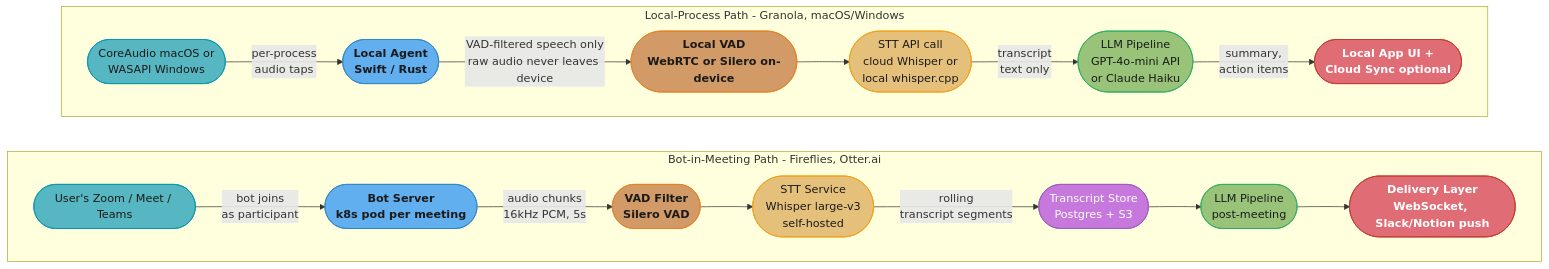
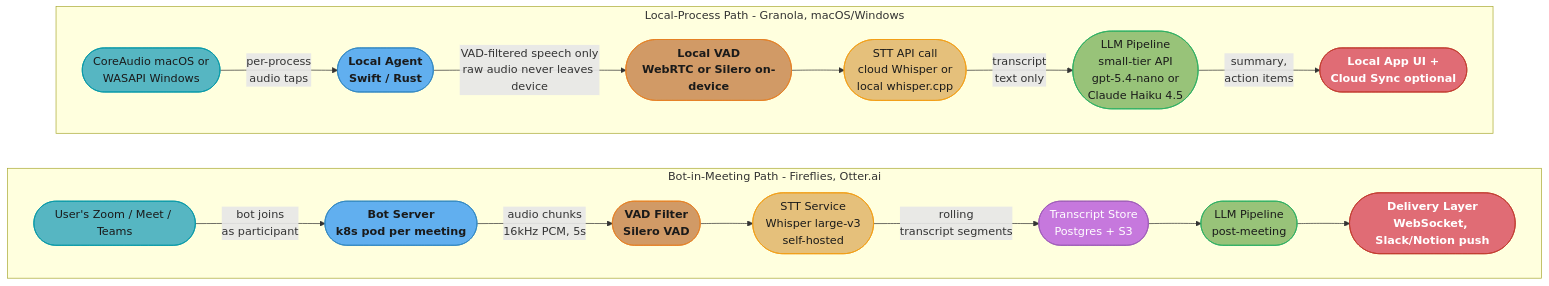
The first of 2 diagrams in src/main/java/com/rutik/systemdesign/llm/case_studies/design_ai_meeting_assistant.md (rppol/system-design), drawn with Mermaid before and after one commit. The commit also changed other lines of this file and 113 other files, not shown here.

````diff
--- a/src/main/java/com/rutik/systemdesign/llm/case_studies/design_ai_meeting_assistant.md
+++ b/src/main/java/com/rutik/systemdesign/llm/case_studies/design_ai_meeting_assistant.md
@@ -108,37 +121,37 @@
 ```mermaid
 flowchart LR
     classDef io      fill:#61afef,stroke:#2e86c1,color:#1a1a1a,font-weight:bold
     classDef frozen  fill:#c678dd,stroke:#9b59b6,color:#fff
     classDef train   fill:#98c379,stroke:#27ae60,color:#1a1a1a
     classDef mathOp  fill:#d19a66,stroke:#e67e22,color:#1a1a1a,font-weight:bold
     classDef lossN   fill:#e06c75,stroke:#c0392b,color:#fff,font-weight:bold
     classDef req     fill:#56b6c2,stroke:#0097a7,color:#1a1a1a
     classDef base    fill:#e5c07b,stroke:#f39c12,color:#1a1a1a
 
     subgraph BOTPATH["Bot-in-Meeting Path - Fireflies, Otter.ai"]
         direction LR
         ZM(["User's Zoom / Meet / Teams"]) -->|"bot joins<br/>as participant"| BS(["Bot Server<br/>k8s pod per meeting"])
         BS -->|"audio chunks<br/>16kHz PCM, 5s"| VAD1(["VAD Filter<br/>Silero VAD"])
         VAD1 --> STT1(["STT Service<br/>Whisper large-v3<br/>self-hosted"])
         STT1 -->|"rolling<br/>transcript segments"| TS(["Transcript Store<br/>Postgres + S3"])
         TS --> LLM1(["LLM Pipeline<br/>post-meeting"])
         LLM1 --> DL(["Delivery Layer<br/>WebSocket, Slack/Notion push"])
     end
 
     subgraph LOCALPATH["Local-Process Path - Granola, macOS/Windows"]
         direction LR
         OSAUD(["CoreAudio macOS or<br/>WASAPI Windows"]) -->|"per-process<br/>audio taps"| LA(["Local Agent<br/>Swift / Rust"])
         LA -->|"VAD-filtered speech only<br/>raw audio never leaves device"| VAD2(["Local VAD<br/>WebRTC or Silero on-device"])
         VAD2 --> STT2(["STT API call<br/>cloud Whisper or<br/>local whisper.cpp"])
-        STT2 -->|"transcript<br/>text only"| LLM2(["LLM Pipeline<br/>GPT-4o-mini API<br/>or Claude Haiku"])
+        STT2 -->|"transcript<br/>text only"| LLM2(["LLM Pipeline<br/>small-tier API<br/>gpt-5.4-nano or<br/>Claude Haiku 4.5"])
         LLM2 -->|"summary,<br/>action items"| UI(["Local App UI +<br/>Cloud Sync optional"])
     end
 
     class ZM,OSAUD req
     class BS,LA io
     class VAD1,VAD2 mathOp
     class STT1,STT2 base
     class TS frozen
     class LLM1,LLM2 train
     class DL,UI lossN
 ```
````
